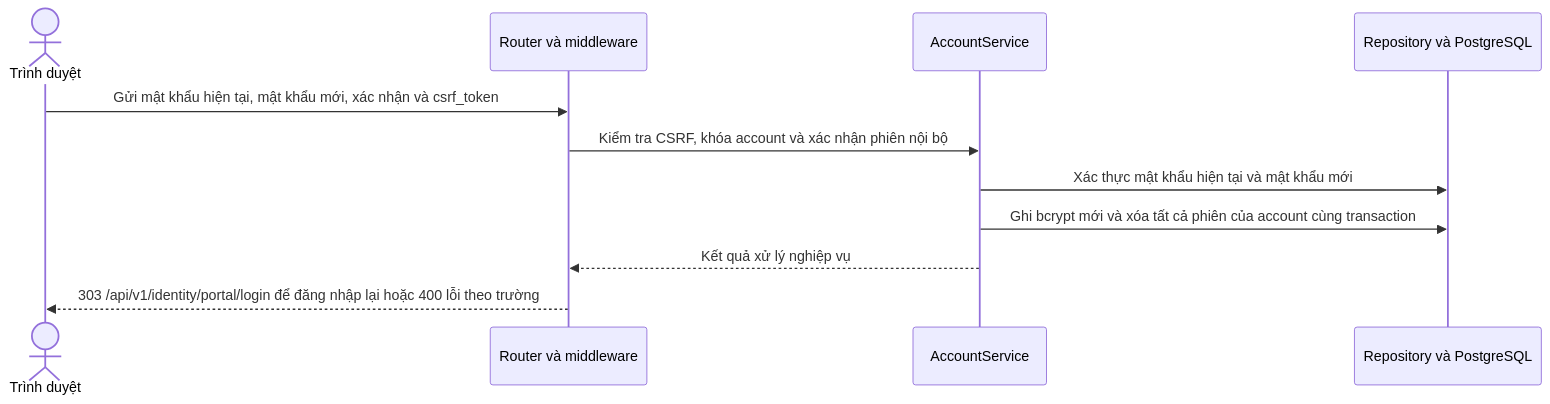
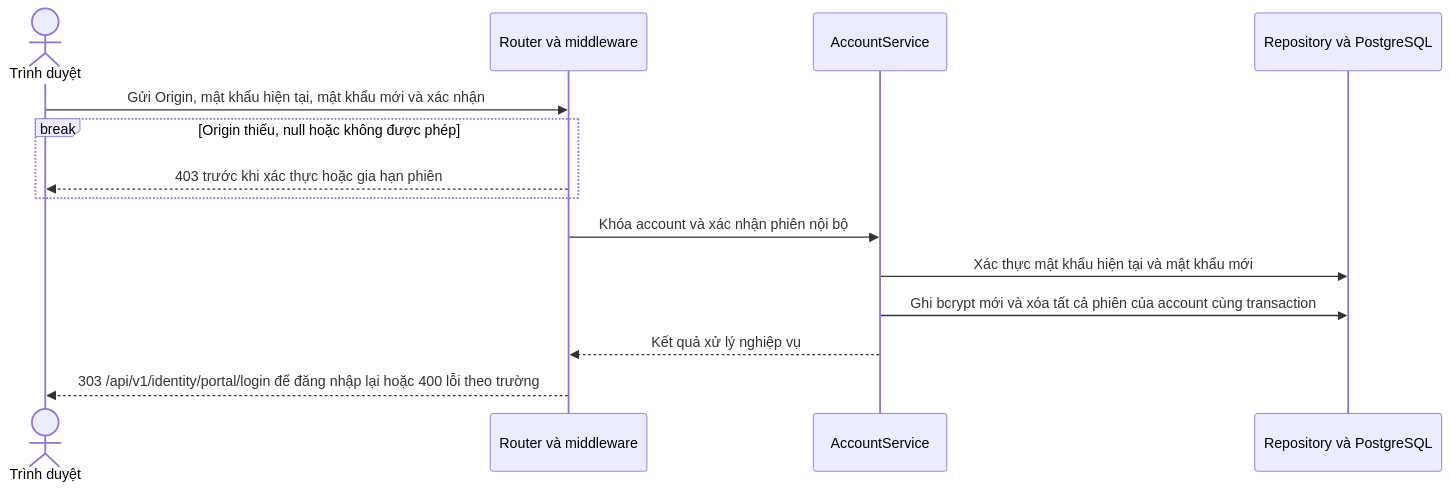
Before and after one commit to thanhklt/sobie-swimwear-e-commerce: the diagram in docs/sequence/identity/post-admin-password.md, drawn with Mermaid. The commit also changed 27 other files, not shown here.

First line of the commit message:
refactor(identity): drop CSRF token, enforce Origin on all write requests

````diff
--- a/docs/sequence/identity/post-admin-password.md
+++ b/docs/sequence/identity/post-admin-password.md
@@ -5,13 +5,16 @@
 ```mermaid
 sequenceDiagram
     actor Browser as Trình duyệt
     participant Route as Router và middleware
     participant Service as AccountService
     participant Data as Repository và PostgreSQL
-    Browser->>Route: Gửi mật khẩu hiện tại, mật khẩu mới, xác nhận và csrf_token
-    Route->>Service: Kiểm tra CSRF, khóa account và xác nhận phiên nội bộ
+    Browser->>Route: Gửi Origin, mật khẩu hiện tại, mật khẩu mới và xác nhận
+    break Origin thiếu, null hoặc không được phép
+        Route-->>Browser: 403 trước khi xác thực hoặc gia hạn phiên
+    end
+    Route->>Service: Khóa account và xác nhận phiên nội bộ
     Service->>Data: Xác thực mật khẩu hiện tại và mật khẩu mới
     Service->>Data: Ghi bcrypt mới và xóa tất cả phiên của account cùng transaction
     Service-->>Route: Kết quả xử lý nghiệp vụ
     Route-->>Browser: 303 /api/v1/identity/portal/login để đăng nhập lại hoặc 400 lỗi theo trường
 ```
````
